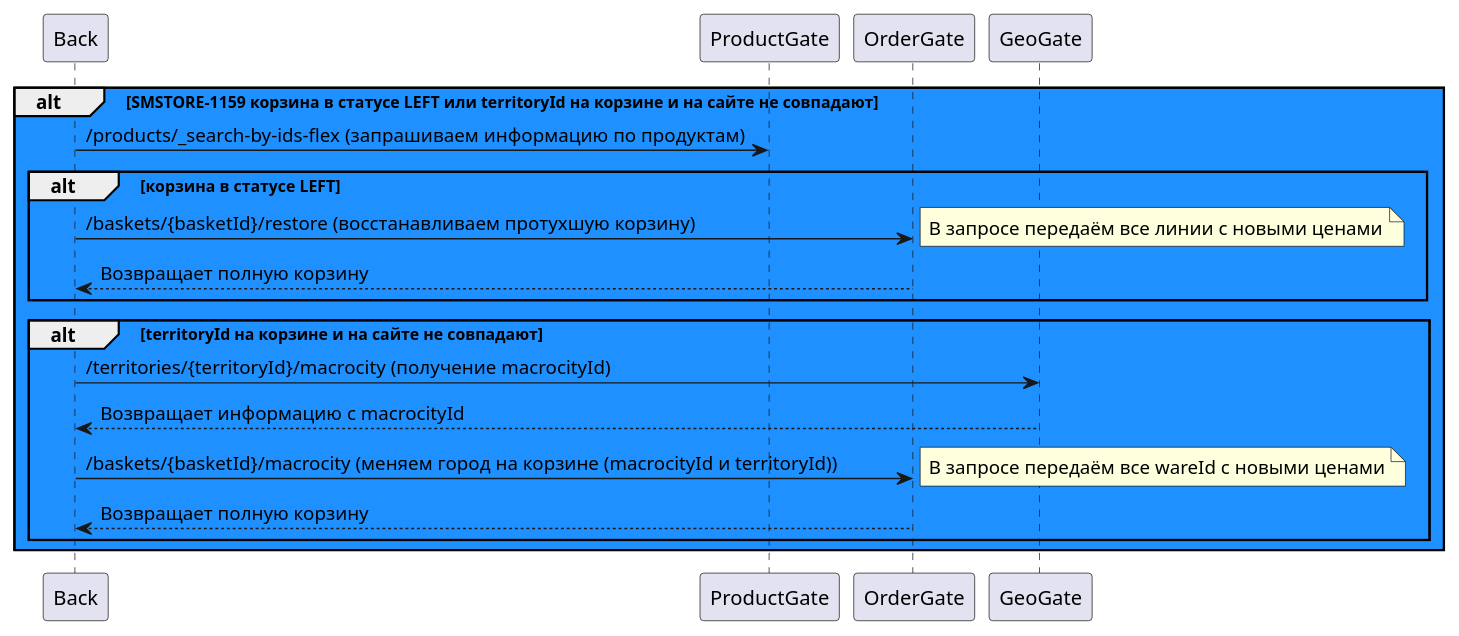
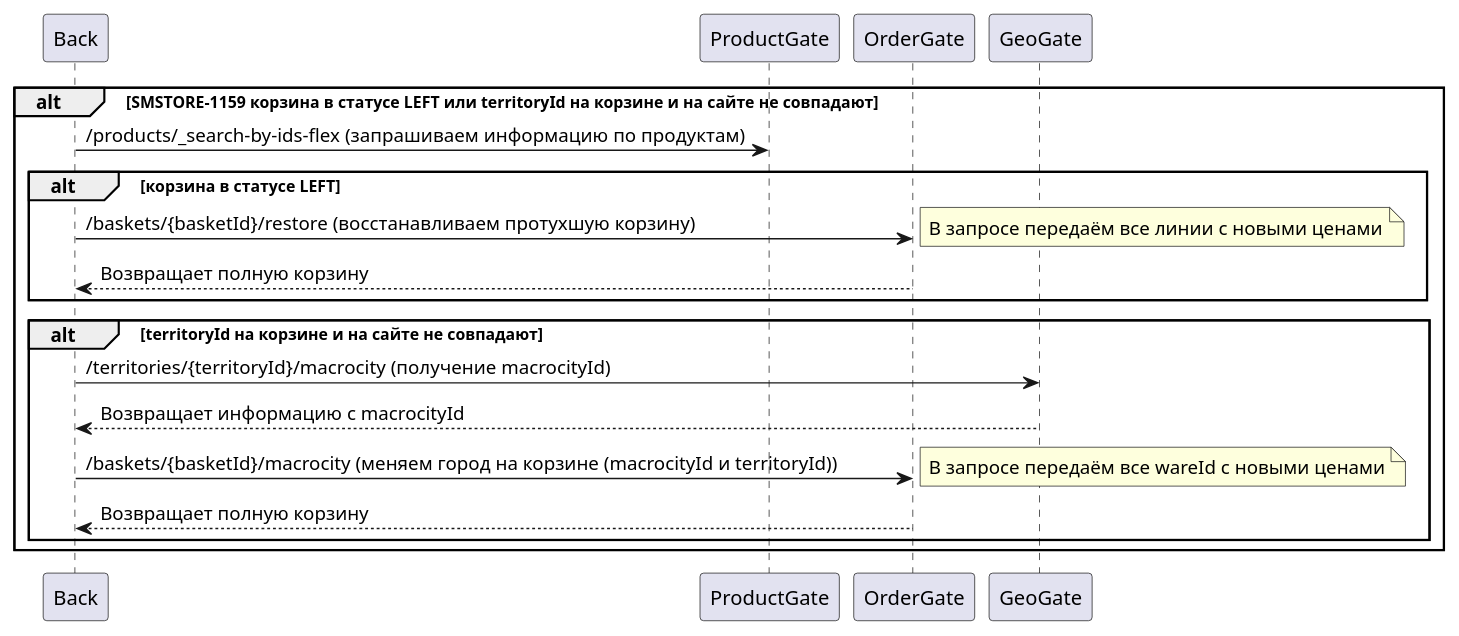
One commit to ViKt0R-K/plantuml changed the diagram in cart/leftOrTerritory.puml. Above: the diagram before and after it, drawn with PlantUML.

Commit message:
Добавил RoadMap

```diff
--- a/cart/leftOrTerritory.puml
+++ b/cart/leftOrTerritory.puml
@@ -1,19 +1,19 @@
-alt #DodgerBlue SMSTORE-1159 корзина в статусе LEFT или territoryId на корзине и на сайте не совпадают
+alt  SMSTORE-1159 корзина в статусе LEFT или territoryId на корзине и на сайте не совпадают
 	Back->ProductGate: /products/_search-by-ids-flex (запрашиваем информацию по продуктам)
-	alt #DodgerBlue корзина в статусе LEFT
+	alt корзина в статусе LEFT
     		Back-> OrderGate: /baskets/{basketId}/restore (восстанавливаем протухшую корзину)
 		note right
 			В запросе передаём все линии с новыми ценами
 		endnote
     		Back<--OrderGate: Возвращает полную корзину
 	end
-	alt #DodgerBlue territoryId на корзине и на сайте не совпадают
+	alt territoryId на корзине и на сайте не совпадают
 		Back->GeoGate:/territories/{territoryId}/macrocity (получение macrocityId)
 		Back<--GeoGate: Возвращает информацию с macrocityId
 		Back-> OrderGate: /baskets/{basketId}/macrocity (меняем город на корзине (macrocityId и territoryId))
 		note right
 			В запросе передаём все wareId с новыми ценами
 		endnote
 	Back<--OrderGate: Возвращает полную корзину
 	end
 end
```
